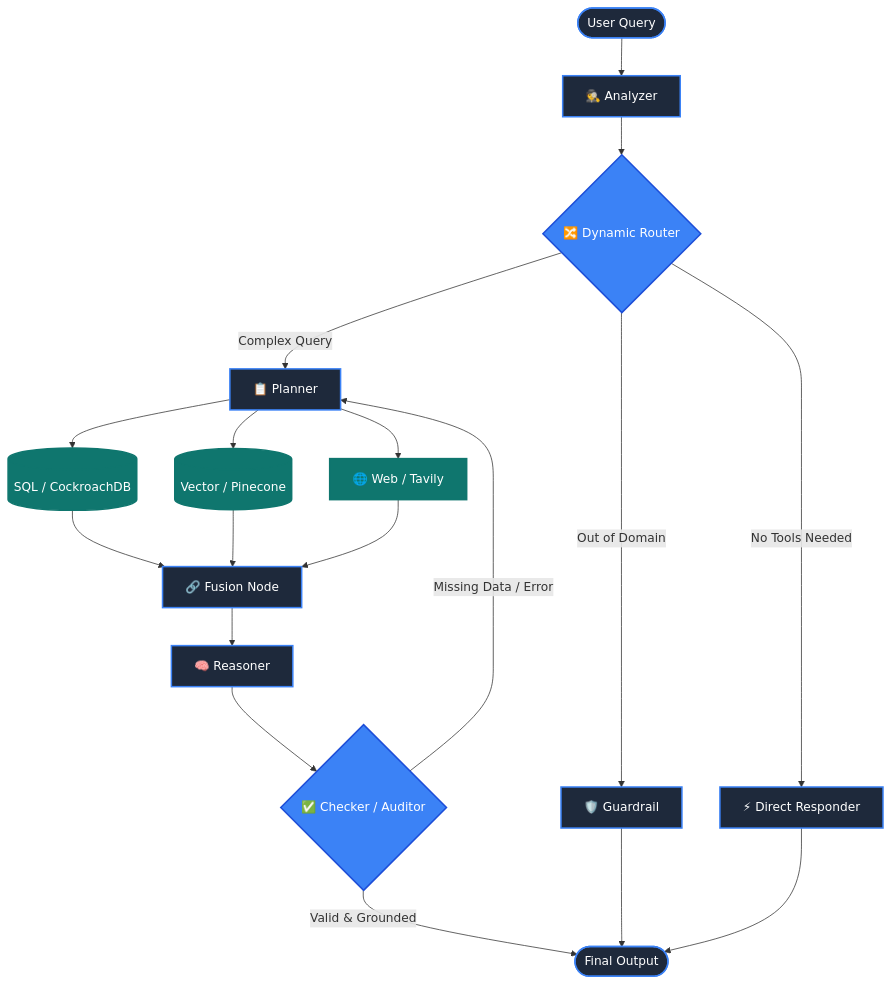
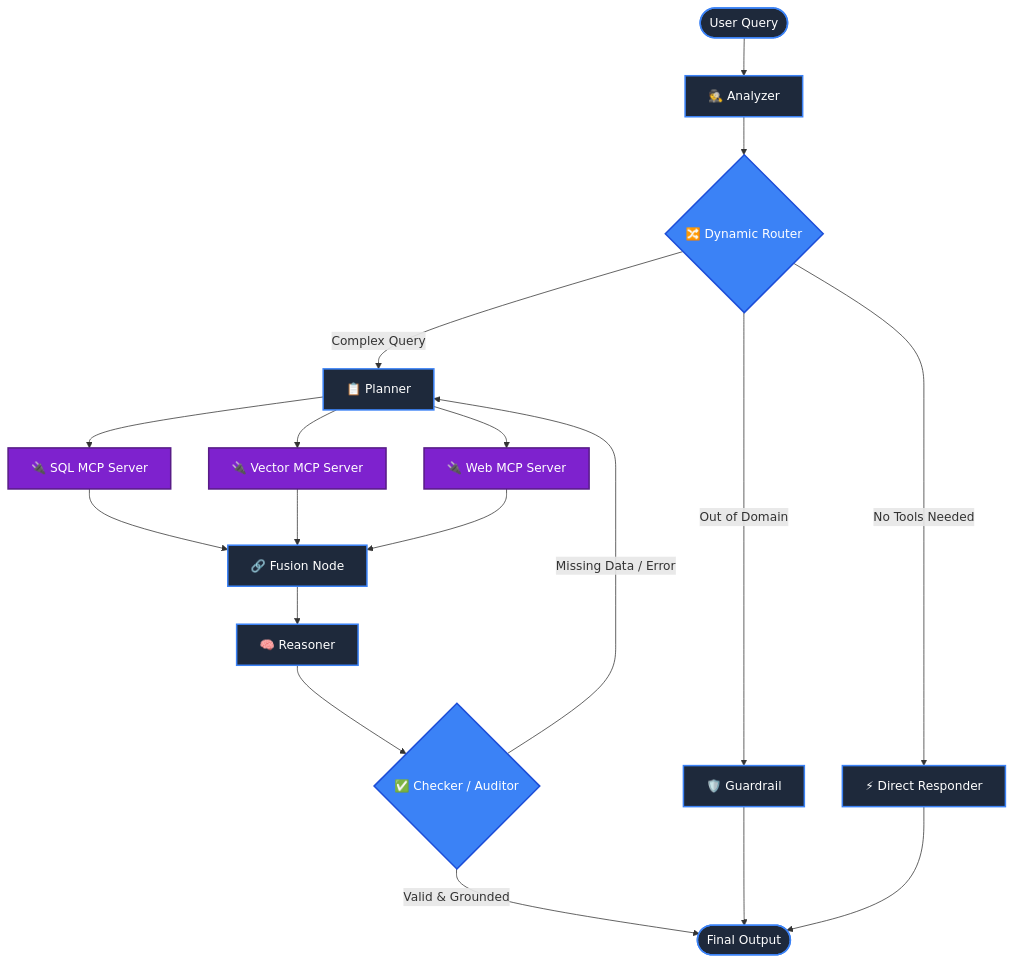
Before and after one commit to omkar-1103/Agentic-RAG-System: the diagram in README.md, drawn with Mermaid. The commit also changed other lines of this file and 16 other files, not shown here.

Commit message:
Refactor: Upgrade architecture to Model Context Protocol (MCP)

````diff
--- a/README.md
+++ b/README.md
@@ -25,37 +26,37 @@
 ```mermaid
 graph TD
     A([User Query]) --> B[🕵️ Analyzer]
     B --> C{🔀 Dynamic Router}
     
     %% Routes
     C -- "Out of Domain" --> D[🛡️ Guardrail]
     C -- "No Tools Needed" --> E[⚡ Direct Responder]
     C -- "Complex Query" --> F[📋 Planner]
     
-    %% Execution
-    F --> G1[(SQL / CockroachDB)]
-    F --> G2[(Vector / Pinecone)]
-    F --> G3[🌐 Web / Tavily]
+    %% Execution (MCP Servers)
+    F --> G1[🔌 SQL MCP Server]
+    F --> G2[🔌 Vector MCP Server]
+    F --> G3[🔌 Web MCP Server]
     
     %% Synthesis
     G1 --> H[🔗 Fusion Node]
     G2 --> H
     G3 --> H
     
     H --> I[🧠 Reasoner]
     I --> J{✅ Checker / Auditor}
     
     %% Outcomes
     J -- "Valid & Grounded" --> K([Final Output])
     J -- "Missing Data / Error" --> F
     
     D --> K
     E --> K
     
     classDef default fill:#1E293B,stroke:#3B82F6,stroke-width:2px,color:#fff;
     classDef router fill:#3B82F6,stroke:#1D4ED8,color:#fff,stroke-width:2px;
-    classDef tools fill:#0F766E,stroke:#0F766E,color:#fff,stroke-width:2px;
+    classDef mcp fill:#7E22CE,stroke:#581C87,color:#fff,stroke-width:2px;
     
     class C,J router;
-    class G1,G2,G3 tools;
+    class G1,G2,G3 mcp;
 ```
````
